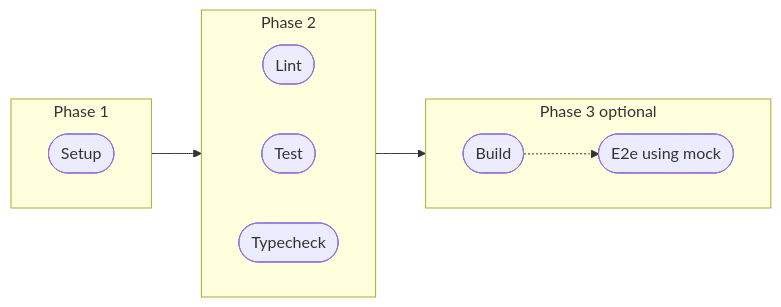
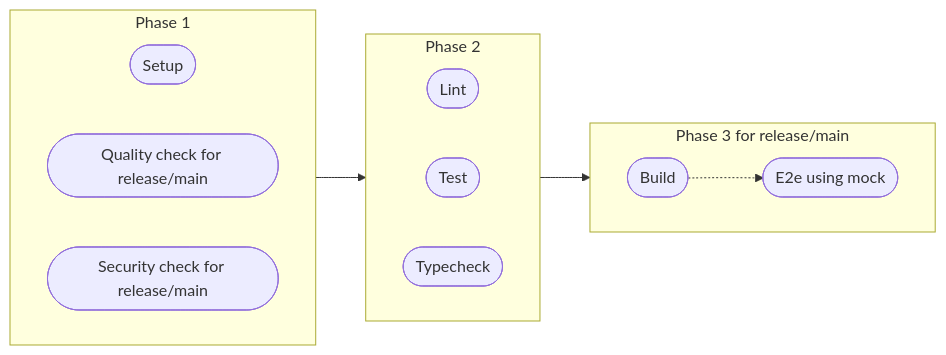
The third of 11 diagrams in docs/pipeline.md (gnowth/gnowth), drawn with Mermaid before and after one commit. The commit also changed other lines of this file and 8 other files, not shown here.

````diff
--- a/docs/pipeline.md
+++ b/docs/pipeline.md
@@ -41,27 +66,29 @@
 ```mermaid
   flowchart LR
     BUILD([Build])
     E2EMOCK([E2e using mock])
 
     subgraph PHASE1[Phase 1]
       direction RL
 
       SETUP([Setup])
+      QUALITY([Quality check for release/main])
+      SECURITY([Security check for release/main])
     end
 
     subgraph PHASE2[Phase 2]
       direction RL
 
       LINT([Lint])
       TEST([Test])
       TYPECHECK([Typecheck])
     end
 
-    subgraph PHASE3[Phase 3 optional]
+    subgraph PHASE3[Phase 3 for release/main]
       direction LR
 
       BUILD -.-> E2EMOCK
     end
 
     PHASE1 --> PHASE2 --> PHASE3
 ```
````
